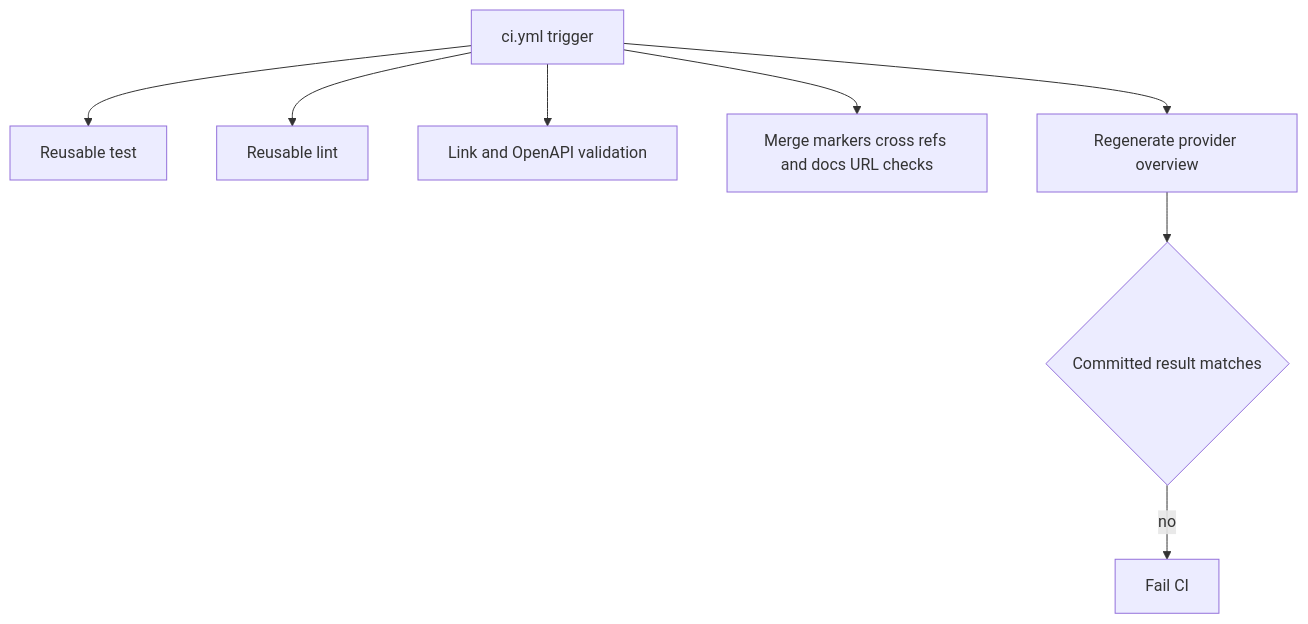
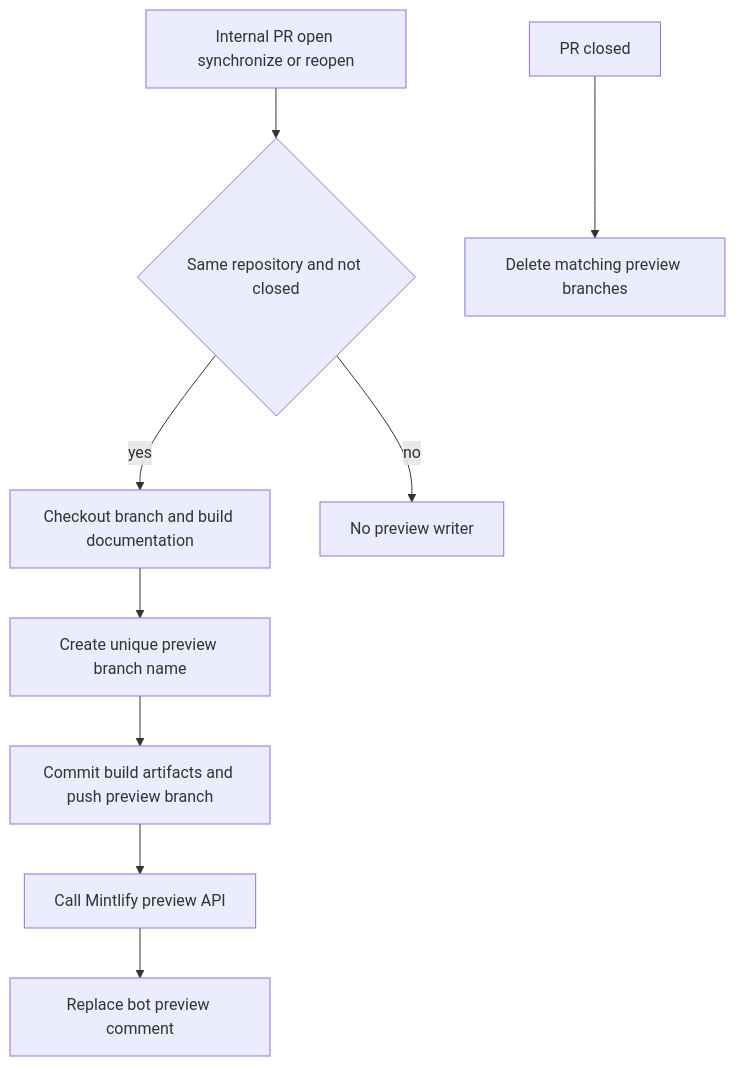
The second of 2 diagrams in openwiki/integrations/github-actions.md (langchain-ai/docs), drawn with Mermaid before and after one commit. The commit also changed other lines of this file and 26 other files, not shown here.

````diff
--- a/openwiki/integrations/github-actions.md
+++ b/openwiki/integrations/github-actions.md
@@ -83,10 +94,11 @@
 ```mermaid
 flowchart TD
-  CI["ci.yml trigger"] --> Test["Reusable test"]
-  CI --> Lint["Reusable lint"]
-  CI --> Links["Link and OpenAPI validation"]
-  CI --> Static["Merge markers cross refs and docs URL checks"]
-  CI --> Generated["Regenerate provider overview"]
-  Generated --> Match{"Committed result matches"}
-  Match -->|"no"| Fail["Fail CI"]
+  Event["Internal PR open synchronize or reopen"] --> Gate{"Same repository and not closed"}
+  Gate -->|"yes"| Build["Checkout branch and build documentation"]
+  Build --> Name["Create unique preview branch name"]
+  Name --> Push["Commit build artifacts and push preview branch"]
+  Push --> Deploy["Call Mintlify preview API"]
+  Deploy --> Comment["Replace bot preview comment"]
+  Gate -->|"no"| Skip["No preview writer"]
+  Closed["PR closed"] --> Clean["Delete matching preview branches"]
 ```
````
